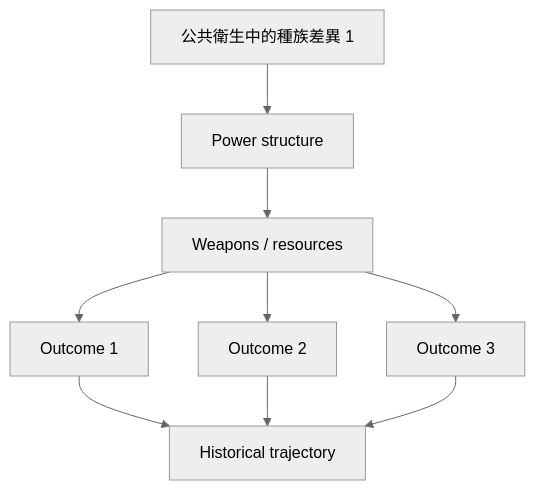
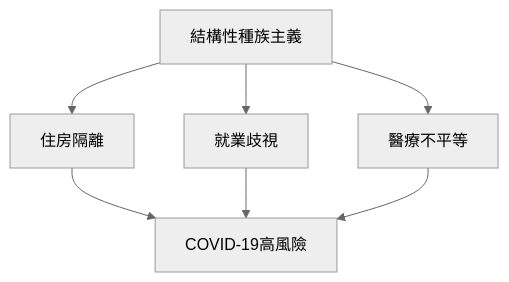
Before and after one commit to yip-lgtm/HKU-Harvard-History-Self-Study: the first of 10 diagrams in 02_Harvard_Courses/Fall_Courses/Hist86_Race_and_Public_Health.md, drawn with Mermaid (neutral theme). The commit also changed other lines of this file and 15 other files, not shown here.

````diff
--- a/02_Harvard_Courses/Fall_Courses/Hist86_Race_and_Public_Health.md
+++ b/02_Harvard_Courses/Fall_Courses/Hist86_Race_and_Public_Health.md
@@ -107,11 +86,9 @@
 ```mermaid
 graph TD
-    A[公共衛生中的種族差異 1] --> B[Power structure]
-    B --> C[Weapons / resources]
-    C --> D[Outcome 1]
-    C --> E[Outcome 2]
-    C --> F[Outcome 3]
-    D --> G[Historical trajectory]
-    E --> G
-    F --> G
+    A[結構性種族主義] --> B[住房隔離]
+    A --> C[就業歧視]
+    A --> D[醫療不平等]
+    B --> E[COVID-19高風險]
+    C --> E
+    D --> E
 ```
````
